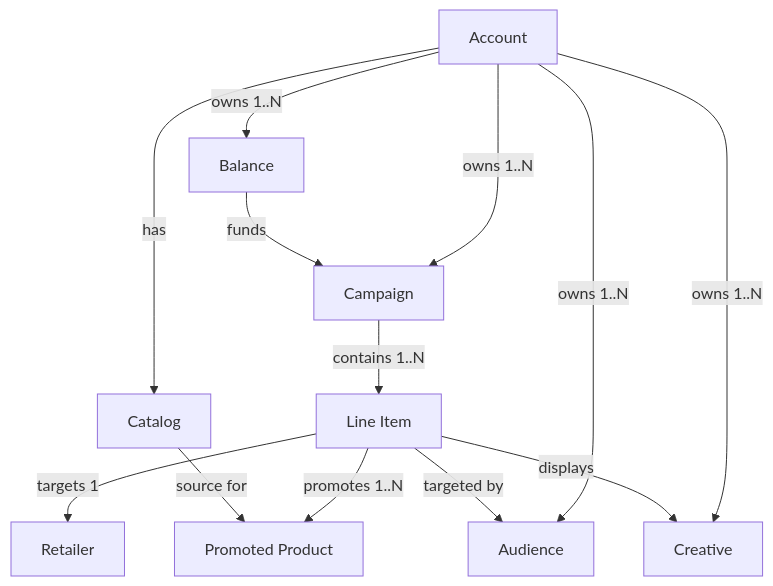
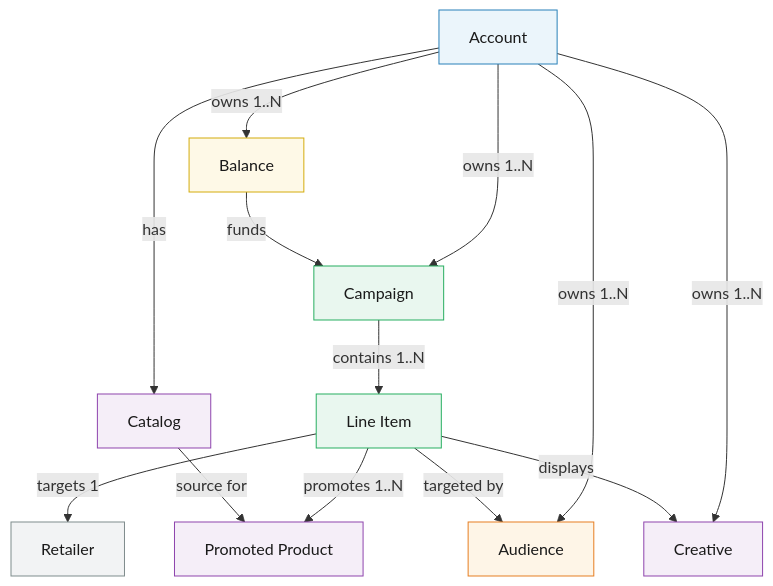
The diagram in retail-media/docs/conceptual-map.mdx (criteo/public-api-doc), drawn with Mermaid before and after one commit. The commit also changed 4 other files, not shown here.

First line of the commit message:
polish Mermaid diagrams across all concept pages

````diff
--- a/retail-media/docs/conceptual-map.mdx
+++ b/retail-media/docs/conceptual-map.mdx
@@ -8,15 +8,29 @@
 ```mermaid
 graph TD
     Account -->|"owns 1..N"| Campaign
     Account -->|"owns 1..N"| Balance
     Account -->|"has"| Catalog
     Account -->|"owns 1..N"| Audience
     Account -->|"owns 1..N"| Creative
     Balance -->|"funds"| Campaign
     Campaign -->|"contains 1..N"| LI["Line Item"]
     LI -->|"targets 1"| Retailer
     LI -->|"promotes 1..N"| PP["Promoted Product"]
     LI -->|"targeted by"| Audience
     LI -->|"displays"| Creative
     Catalog -->|"source for"| PP
+
+    classDef account fill:#EBF5FB,stroke:#2980B9,color:#1a1a1a
+    classDef campaign fill:#E9F7EF,stroke:#27AE60,color:#1a1a1a
+    classDef billing fill:#FEF9E7,stroke:#D4AC0D,color:#1a1a1a
+    classDef content fill:#F5EEF8,stroke:#8E44AD,color:#1a1a1a
+    classDef targeting fill:#FEF5E7,stroke:#E67E22,color:#1a1a1a
+    classDef external fill:#F2F3F4,stroke:#7F8C8D,color:#1a1a1a
+
+    class Account account
+    class Campaign,LI campaign
+    class Balance billing
+    class Catalog,PP,Creative content
+    class Audience targeting
+    class Retailer external
 ```
````
